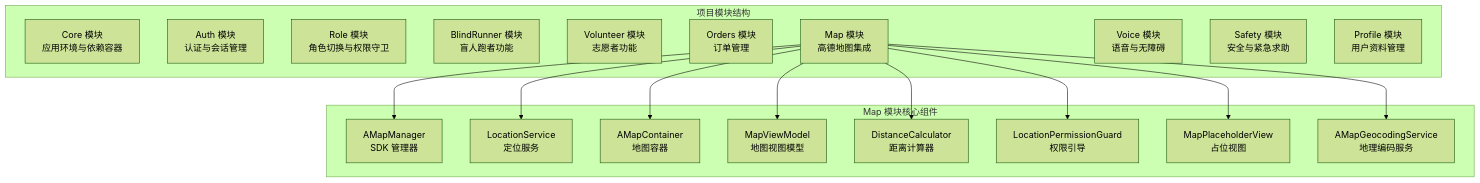
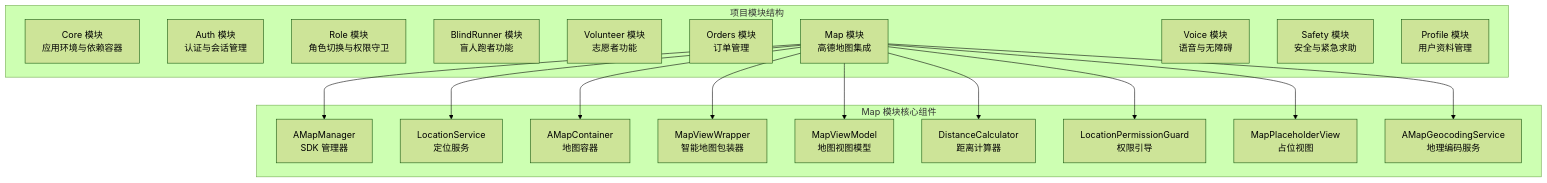
One commit to Jayden23018/blind-run-ios changed the first of 9 diagrams in .qoder/repowiki/zh/content/架构设计/模块化架构设计/Map 地图模块.md. Above: the diagram before and after it, drawn with Mermaid (forest theme). The commit also changed other lines of this file and 9 other files, not shown here.

````diff
--- a/.qoder/repowiki/zh/content/架构设计/模块化架构设计/Map 地图模块.md
+++ b/.qoder/repowiki/zh/content/架构设计/模块化架构设计/Map 地图模块.md
@@ -67,33 +71,35 @@
 ```mermaid
 graph TB
 subgraph "项目模块结构"
 Core[Core 模块<br/>应用环境与依赖容器]
 Auth[Auth 模块<br/>认证与会话管理]
 Role[Role 模块<br/>角色切换与权限守卫]
 BlindRunner[BlindRunner 模块<br/>盲人跑者功能]
 Volunteer[Volunteer 模块<br/>志愿者功能]
 Orders[Orders 模块<br/>订单管理]
 Map[Map 模块<br/>高德地图集成]
 Voice[Voice 模块<br/>语音与无障碍]
 Safety[Safety 模块<br/>安全与紧急求助]
 Profile[Profile 模块<br/>用户资料管理]
 end
 subgraph "Map 模块核心组件"
 AMapManager[AMapManager<br/>SDK 管理器]
 LocationService[LocationService<br/>定位服务]
 AMapContainer[AMapContainer<br/>地图容器]
+MapViewWrapper[MapViewWrapper<br/>智能地图包装器]
 MapViewModel[MapViewModel<br/>地图视图模型]
 DistanceCalculator[DistanceCalculator<br/>距离计算器]
 LocationPermissionGuard[LocationPermissionGuard<br/>权限引导]
 MapPlaceholderView[MapPlaceholderView<br/>占位视图]
 AMapGeocodingService[AMapGeocodingService<br/>地理编码服务]
 end
 Map --> AMapManager
 Map --> LocationService
 Map --> AMapContainer
+Map --> MapViewWrapper
 Map --> MapViewModel
 Map --> DistanceCalculator
 Map --> LocationPermissionGuard
 Map --> MapPlaceholderView
 Map --> AMapGeocodingService
 ```
````
